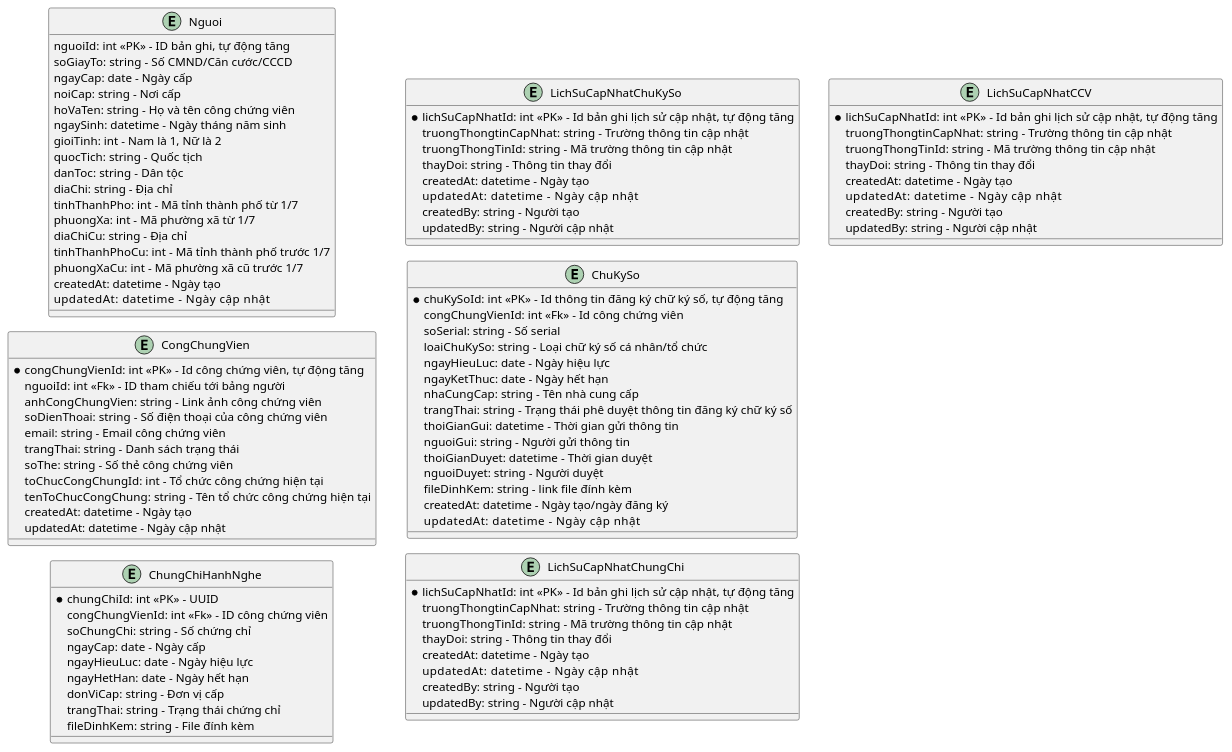
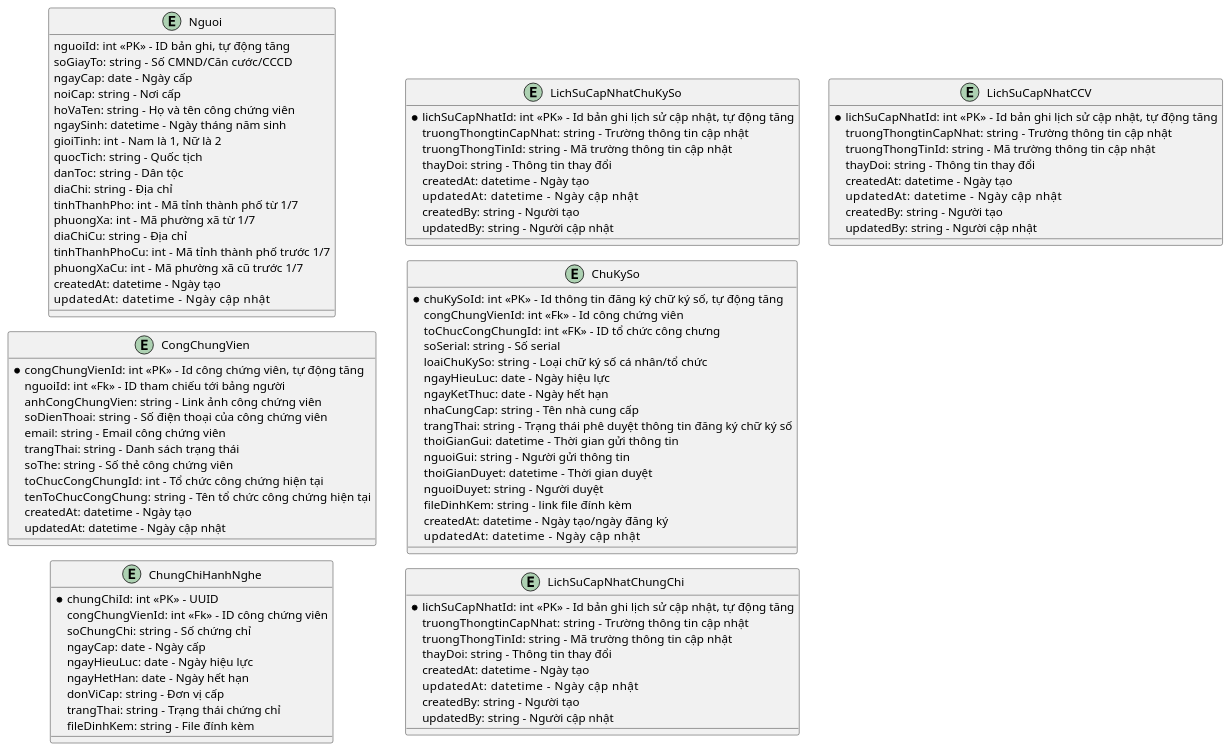
Before and after one commit to alvinnguyen9820-prog/CSDL-Cong-Chung: the diagram in Quản lý công chứng viên/3.ldm.puml, drawn with PlantUML. The commit also changed 14 other files, not shown here.

Commit message:
Update module quản lý tổ chức công chứng

```diff
--- a/Quản lý công chứng viên/3.ldm.puml
+++ b/Quản lý công chứng viên/3.ldm.puml
@@ -1,109 +1,110 @@
 @startuml ldm
 !pragma layout smetana
 left to right direction
 
 entity Nguoi
 entity CongChungVien
 entity ChungChiHanhNghe
 entity LichSuCapNhatChuKySo
 entity ChuKySo
 entity LichSuCapNhatChungChi
 entity LichSuCapNhatCCV
 
 entity Nguoi {
   nguoiId: int <<PK>> - ID bản ghi, tự động tăng
   soGiayTo: string - Số CMND/Căn cước/CCCD 
   ngayCap: date - Ngày cấp
   noiCap: string - Nơi cấp
   hoVaTen: string - Họ và tên công chứng viên
   ngaySinh: datetime - Ngày tháng năm sinh
   gioiTinh: int - Nam là 1, Nữ là 2
   quocTich: string - Quốc tịch
   danToc: string - Dân tộc
   diaChi: string - Địa chỉ
   tinhThanhPho: int - Mã tỉnh thành phố từ 1/7
   phuongXa: int - Mã phường xã từ 1/7
   diaChiCu: string - Địa chỉ
   tinhThanhPhoCu: int - Mã tỉnh thành phố trước 1/7
   phuongXaCu: int - Mã phường xã cũ trước 1/7
   createdAt: datetime - Ngày tạo
   updatedAt: datetime      - Ngày cập nhật
 }
 
 entity CongChungVien {
   *congChungVienId: int <<PK>> - Id công chứng viên, tự động tăng
   nguoiId: int <<Fk>> - ID tham chiếu tới bảng người
   anhCongChungVien: string - Link ảnh công chứng viên
   soDienThoai: string - Số điện thoại của công chứng viên
   email: string - Email công chứng viên
   trangThai: string - Danh sách trạng thái
   soThe: string - Số thẻ công chứng viên
   toChucCongChungId: int - Tổ chức công chứng hiện tại
   tenToChucCongChung: string - Tên tổ chức công chứng hiện tại
   createdAt: datetime - Ngày tạo
   updatedAt: datetime - Ngày cập nhật
 
 }
 
 entity ChungChiHanhNghe {
   *chungChiId: int <<PK>> - UUID
   congChungVienId: int <<Fk>> - ID công chứng viên
   soChungChi: string - Số chứng chỉ
   ngayCap: date - Ngày cấp
   ngayHieuLuc: date - Ngày hiệu lực
   ngayHetHan: date - Ngày hết hạn
   donViCap: string - Đơn vị cấp
   trangThai: string - Trạng thái chứng chỉ
   fileDinhKem: string - File đính kèm
 }
 
 entity ChuKySo {
   *chuKySoId: int <<PK>> - Id thông tin đăng ký chữ ký số, tự động tăng
   congChungVienId: int <<Fk>> - Id công chứng viên
+  toChucCongChungId: int <<FK>> - ID tổ chức công chưng
   soSerial: string - Số serial
   loaiChuKySo: string - Loại chữ ký số cá nhân/tổ chức
   ngayHieuLuc: date - Ngày hiệu lực
   ngayKetThuc: date - Ngày hết hạn
   nhaCungCap: string - Tên nhà cung cấp
   trangThai: string - Trạng thái phê duyệt thông tin đăng ký chữ ký số
   thoiGianGui: datetime - Thời gian gửi thông tin
   nguoiGui: string - Người gửi thông tin
   thoiGianDuyet: datetime - Thời gian duyệt
   nguoiDuyet: string - Người duyệt
   fileDinhKem: string - link file đính kèm
   createdAt: datetime - Ngày tạo/ngày đăng ký
   updatedAt: datetime      - Ngày cập nhật
 }
 
 entity LichSuCapNhatCCV {
   *lichSuCapNhatId: int <<PK>> - Id bản ghi lịch sử cập nhật, tự động tăng
   truongThongtinCapNhat: string - Trường thông tin cập nhật
   truongThongTinId: string - Mã trường thông tin cập nhật
   thayDoi: string - Thông tin thay đổi
   createdAt: datetime - Ngày tạo
   updatedAt: datetime      - Ngày cập nhật
   createdBy: string - Người tạo
   updatedBy: string - Người cập nhật
 }
 entity LichSuCapNhatChuKySo {
   *lichSuCapNhatId: int <<PK>> - Id bản ghi lịch sử cập nhật, tự động tăng
   truongThongtinCapNhat: string - Trường thông tin cập nhật
   truongThongTinId: string - Mã trường thông tin cập nhật
   thayDoi: string - Thông tin thay đổi
   createdAt: datetime - Ngày tạo
   updatedAt: datetime      - Ngày cập nhật
   createdBy: string - Người tạo
   updatedBy: string - Người cập nhật
 }
 entity LichSuCapNhatChungChi {
   *lichSuCapNhatId: int <<PK>> - Id bản ghi lịch sử cập nhật, tự động tăng
   truongThongtinCapNhat: string - Trường thông tin cập nhật
   truongThongTinId: string - Mã trường thông tin cập nhật
   thayDoi: string - Thông tin thay đổi
   createdAt: datetime - Ngày tạo
   updatedAt: datetime      - Ngày cập nhật
   createdBy: string - Người tạo
   updatedBy: string - Người cập nhật
 }
 
 @enduml
```
